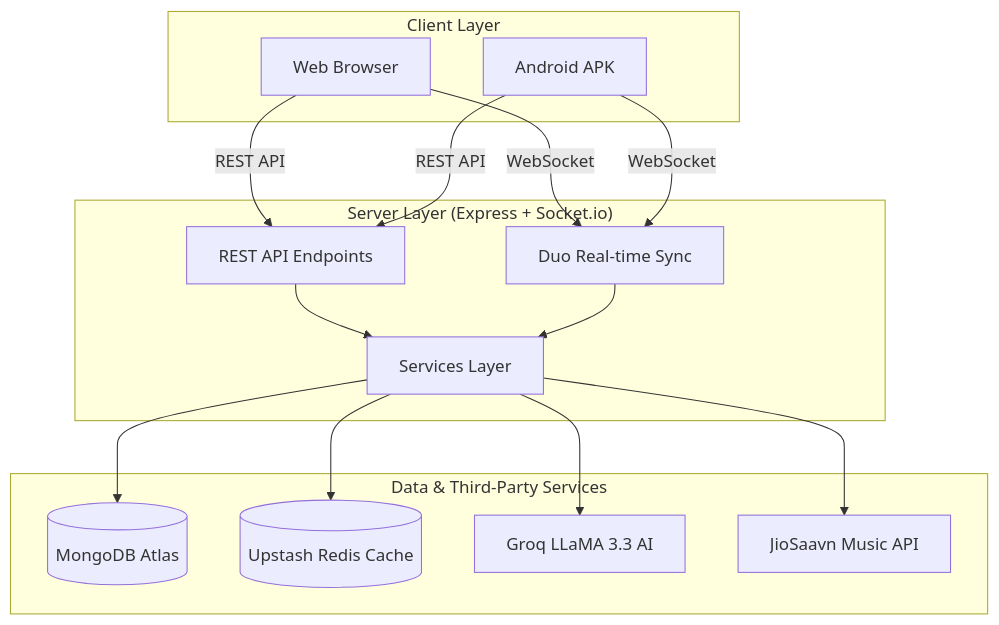
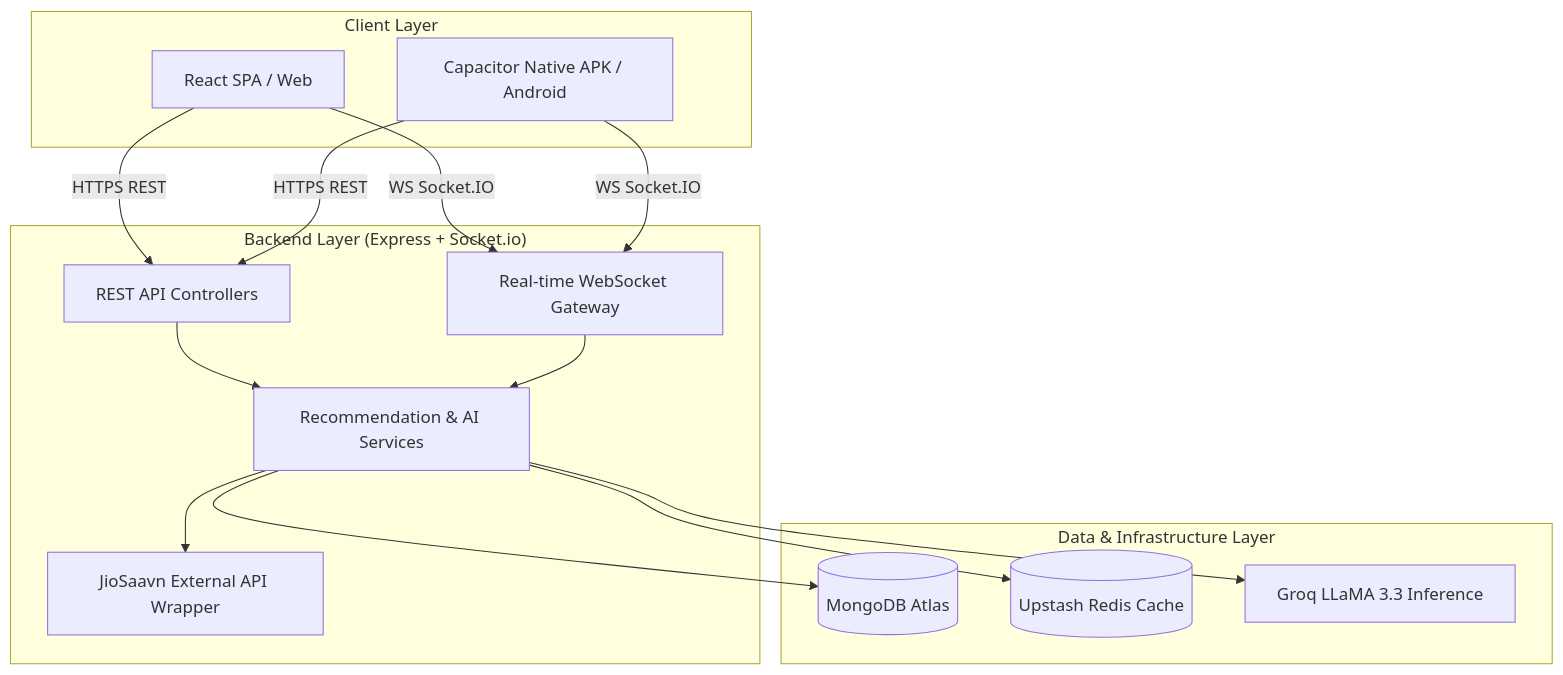
Before and after one commit to itslokeshx/SoulSync: the diagram in README.md, drawn with Mermaid. The commit also changed other lines of this file, not shown here.

````diff
--- a/README.md
+++ b/README.md
@@ -135,28 +27,28 @@
 ```mermaid
 graph TD
-    subgraph Clients ["Client Layer"]
-        A[Web Browser]
-        B[Android APK]
+    subgraph Client Layer ["Client Layer"]
+        A[React SPA / Web]
+        B[Capacitor Native APK / Android]
     end
 
-    subgraph Backend ["Server Layer (Express + Socket.io)"]
-        C[REST API Endpoints]
-        D[Duo Real-time Sync]
-        E[Services Layer]
+    subgraph Backend Layer ["Backend Layer (Express + Socket.io)"]
+        C[REST API Controllers]
+        D[Real-time WebSocket Gateway]
+        E[Recommendation & AI Services]
+        F[JioSaavn External API Wrapper]
     end
 
-    subgraph External ["Data & Third-Party Services"]
-        F[(MongoDB Atlas)]
-        G[(Upstash Redis Cache)]
-        H[Groq LLaMA 3.3 AI]
-        I[JioSaavn Music API]
+    subgraph Data & Analytics ["Data & Infrastructure Layer"]
+        G[(MongoDB Atlas)]
+        H[(Upstash Redis Cache)]
+        I[Groq LLaMA 3.3 Inference]
     end
 
-    A & B -->|REST API| C
-    A & B -->|WebSocket| D
+    A & B -->|HTTPS REST| C
+    A & B -->|WS Socket.IO| D
     C & D --> E
     E --> F
     E --> G
     E --> H
     E --> I
 ```
````
